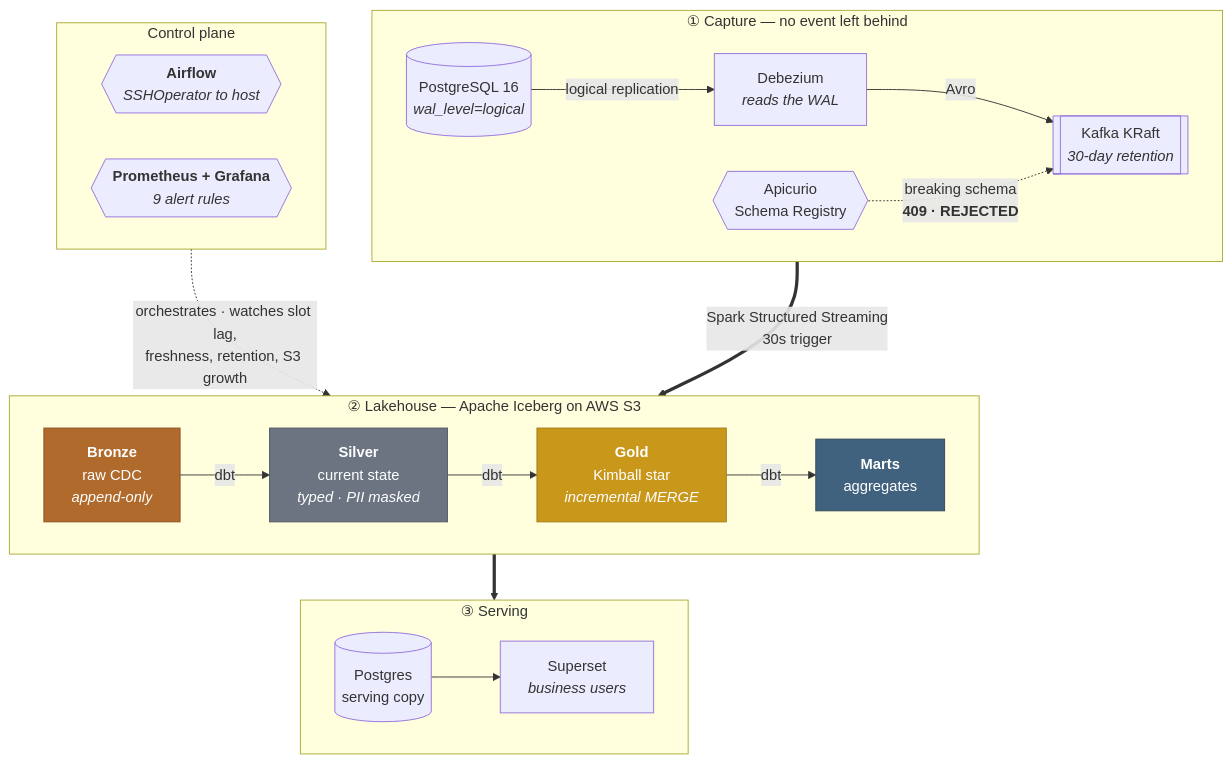
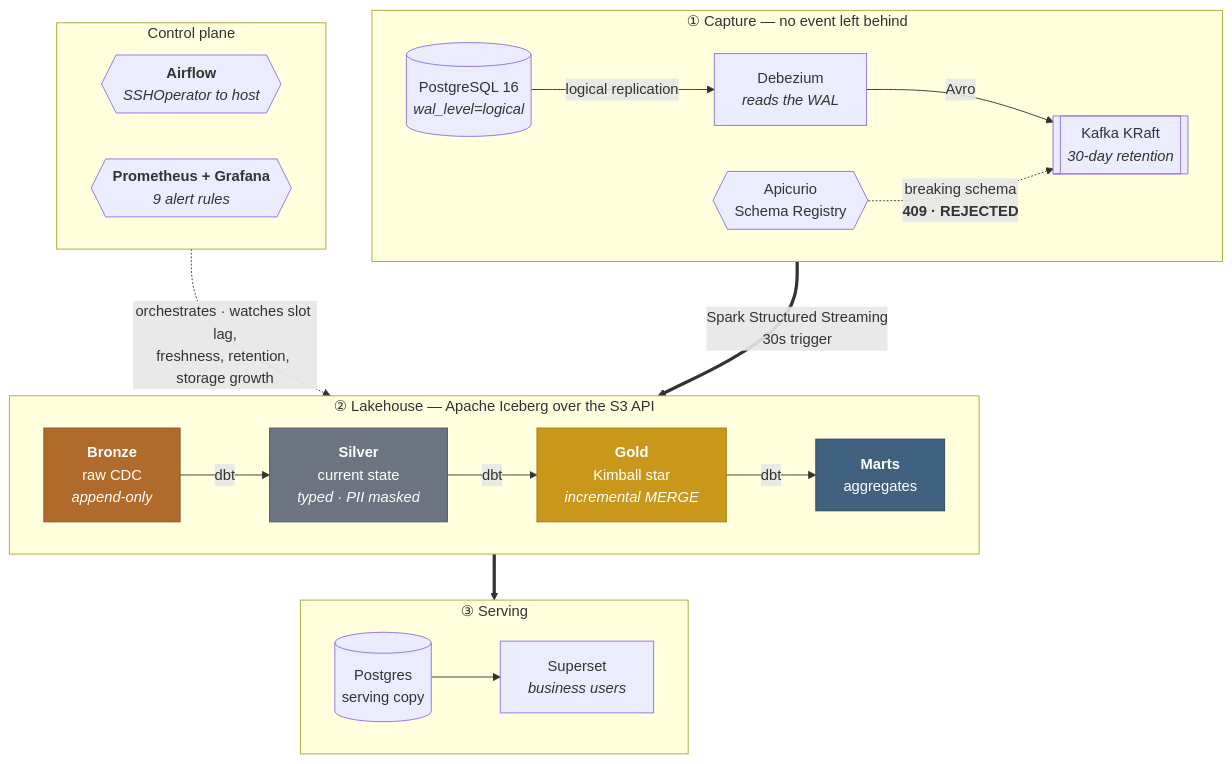
One commit to Senryuu-0211/Governed-Transaction-Lakehouse changed the first of 2 diagrams in README.md. Above: the diagram before and after it, drawn with Mermaid. The commit also changed other lines of this file and 5 other files, not shown here.

````diff
--- a/README.md
+++ b/README.md
@@ -32,44 +54,44 @@
 ```mermaid
 flowchart TB
     subgraph CAP["① Capture — no event left behind"]
         direction LR
         PG[("PostgreSQL 16<br/><i>wal_level=logical</i>")]
         DBZ["Debezium<br/><i>reads the WAL</i>"]
         SR{{"Apicurio<br/>Schema Registry"}}
         KFK[["Kafka KRaft<br/><i>30-day retention</i>"]]
         PG -->|"logical replication"| DBZ
         DBZ -->|Avro| KFK
         SR -.->|"breaking schema<br/><b>409 · REJECTED</b>"| KFK
     end
 
-    subgraph LAKE["② Lakehouse — Apache Iceberg on AWS S3"]
+    subgraph LAKE["② Lakehouse — Apache Iceberg over the S3 API"]
         direction LR
         BRZ["<b>Bronze</b><br/>raw CDC<br/><i>append-only</i>"]
         SLV["<b>Silver</b><br/>current state<br/><i>typed · PII masked</i>"]
         GLD["<b>Gold</b><br/>Kimball star<br/><i>incremental MERGE</i>"]
         MRT["<b>Marts</b><br/>aggregates"]
         BRZ -->|dbt| SLV -->|dbt| GLD -->|dbt| MRT
     end
 
     subgraph SERVE["③ Serving"]
         direction LR
         PGM[("Postgres<br/>serving copy")]
         SUP["Superset<br/><i>business users</i>"]
         PGM --> SUP
     end
 
     subgraph CTRL["Control plane"]
         direction LR
         AF{{"<b>Airflow</b><br/><i>SSHOperator to host</i>"}}
         OBS{{"<b>Prometheus + Grafana</b><br/><i>9 alert rules</i>"}}
     end
 
     KFK ==>|"Spark Structured Streaming<br/>30s trigger"| BRZ
     MRT ==> PGM
-    CTRL -.->|"orchestrates · watches slot lag,<br/>freshness, retention, S3 growth"| LAKE
+    CTRL -.->|"orchestrates · watches slot lag,<br/>freshness, retention, storage growth"| LAKE
 
     style BRZ fill:#b06a2c,color:#fff,stroke:#8a5122
     style SLV fill:#6b7480,color:#fff,stroke:#525963
     style GLD fill:#c9971a,color:#fff,stroke:#a17915
     style MRT fill:#41627e,color:#fff,stroke:#2f4759
 ```
````
